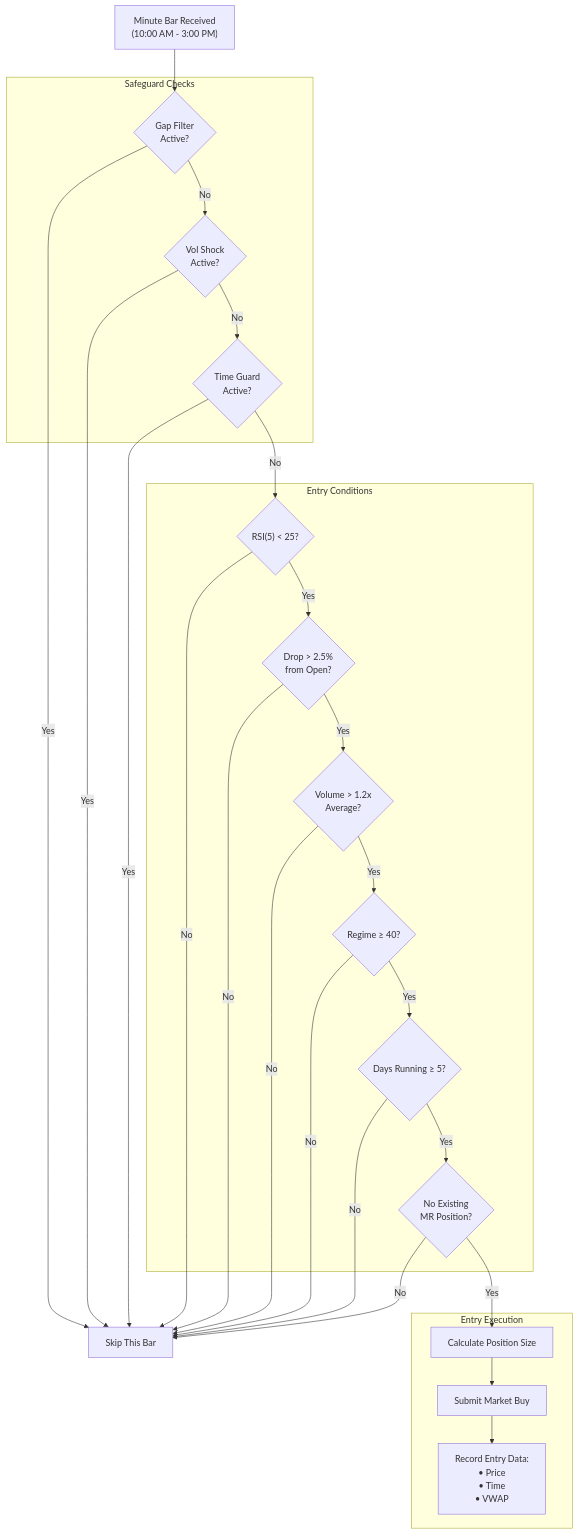
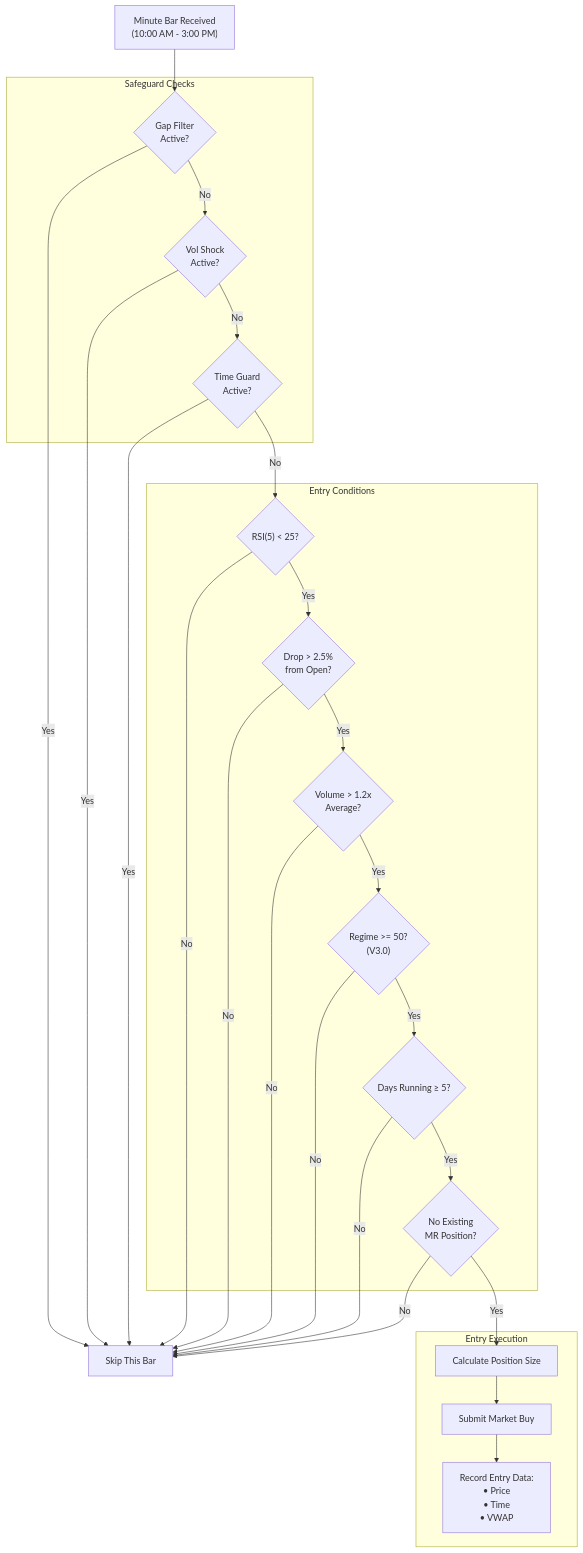
Before and after one commit to vickdavinci/alpha-nextgen-v2-private: the first of 2 diagrams in docs/system/08-mean-reversion-engine.md, drawn with Mermaid. The commit also changed other lines of this file and 17 other files, not shown here.

````diff
--- a/docs/system/08-mean-reversion-engine.md
+++ b/docs/system/08-mean-reversion-engine.md
@@ -506,51 +504,51 @@
 ```mermaid
 flowchart TD
     START["Minute Bar Received<br/>(10:00 AM - 3:00 PM)"]
     
     subgraph SAFEGUARDS["Safeguard Checks"]
         S1{"Gap Filter<br/>Active?"}
         S2{"Vol Shock<br/>Active?"}
         S3{"Time Guard<br/>Active?"}
     end
     
     subgraph CONDITIONS["Entry Conditions"]
         C1{"RSI(5) < 25?"}
         C2{"Drop > 2.5%<br/>from Open?"}
         C3{"Volume > 1.2x<br/>Average?"}
-        C4{"Regime ≥ 40?"}
+        C4{"Regime >= 50?<br/>(V3.0)"}
         C5{"Days Running ≥ 5?"}
         C6{"No Existing<br/>MR Position?"}
     end
     
     subgraph EXECUTION["Entry Execution"]
         SIZE["Calculate Position Size"]
         ORDER["Submit Market Buy"]
         TRACK["Record Entry Data:<br/>• Price<br/>• Time<br/>• VWAP"]
     end
     
     SKIP["Skip This Bar"]
     
     START --> S1
     S1 -->|Yes| SKIP
     S1 -->|No| S2
     S2 -->|Yes| SKIP
     S2 -->|No| S3
     S3 -->|Yes| SKIP
     S3 -->|No| C1
     
     C1 -->|No| SKIP
     C1 -->|Yes| C2
     C2 -->|No| SKIP
     C2 -->|Yes| C3
     C3 -->|No| SKIP
     C3 -->|Yes| C4
     C4 -->|No| SKIP
     C4 -->|Yes| C5
     C5 -->|No| SKIP
     C5 -->|Yes| C6
     C6 -->|No| SKIP
     C6 -->|Yes| SIZE
     
     SIZE --> ORDER
     ORDER --> TRACK
 ```
````
